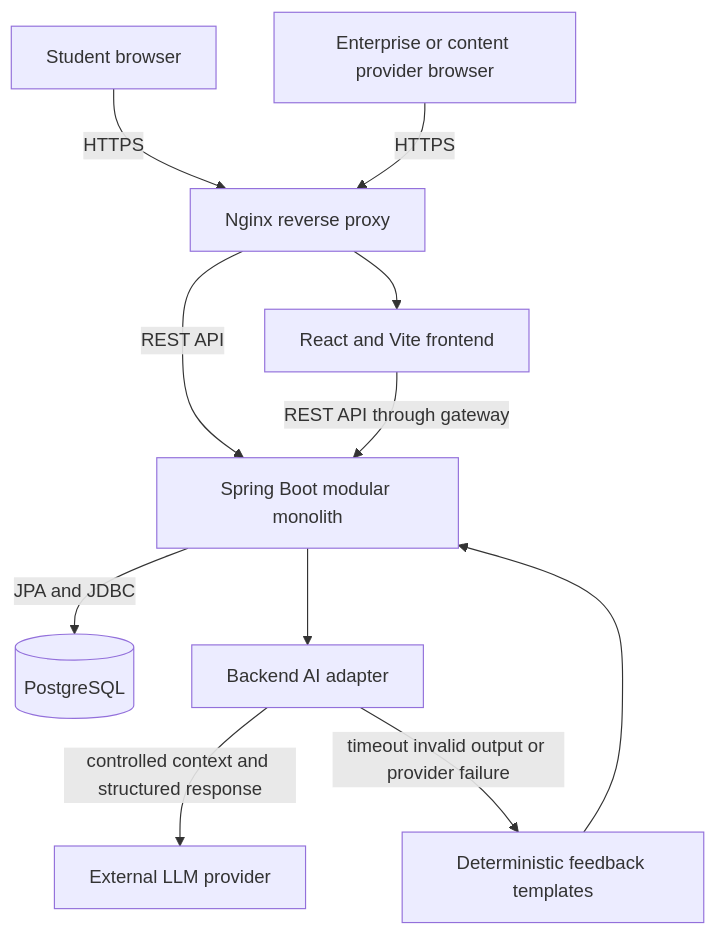
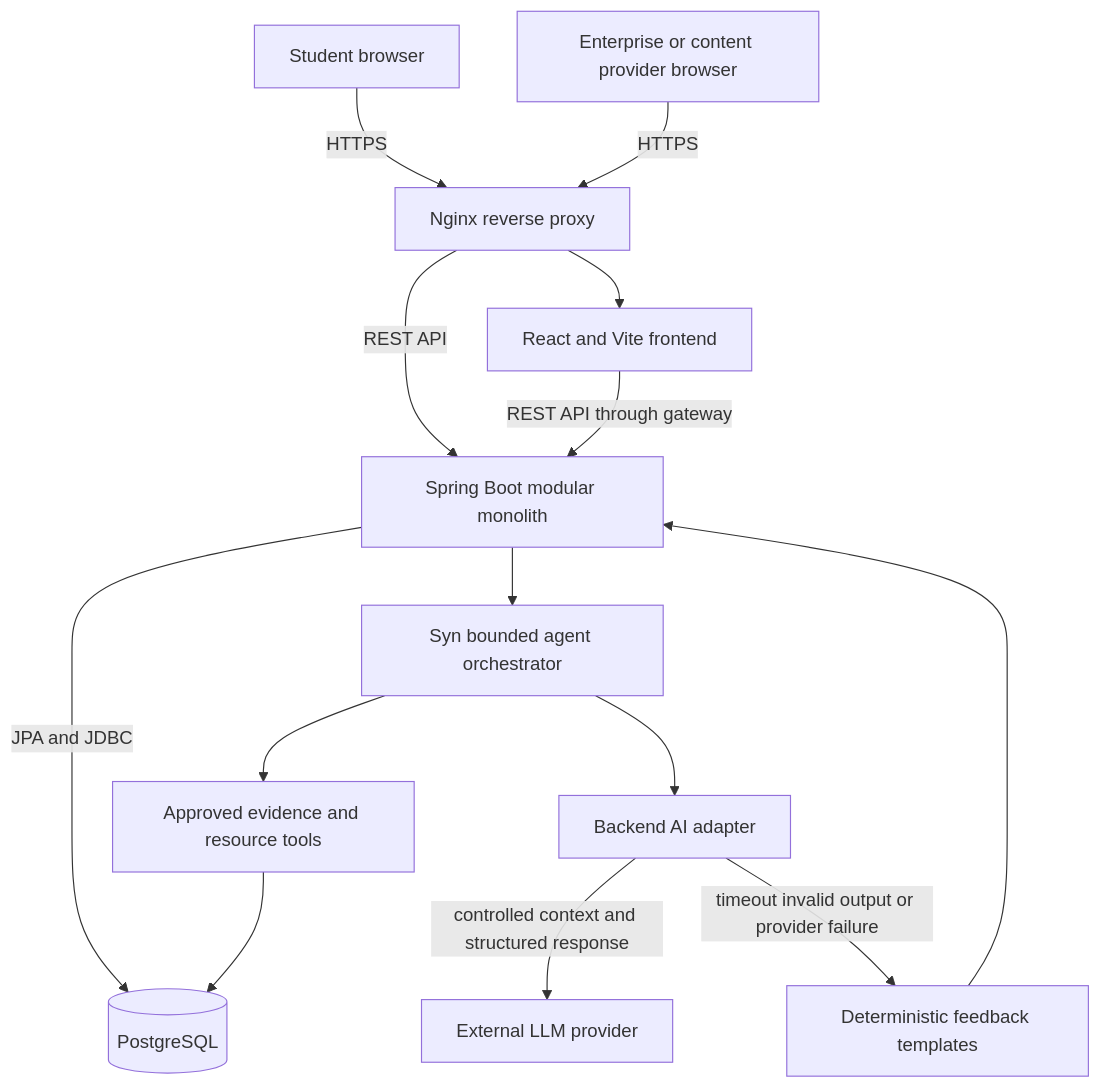
Before and after one commit to han-labs/career-simulation-platform: the diagram in docs/architecture/README.md, drawn with Mermaid. The commit also changed other lines of this file and 35 other files, not shown here.

Commit message:
feat(us-03): evolve Syn into bounded career agent

````diff
--- a/docs/architecture/README.md
+++ b/docs/architecture/README.md
@@ -5,23 +5,28 @@
 ```mermaid
 flowchart TB
     Student["Student browser"]
     Enterprise["Enterprise or content provider browser"]
     Gateway["Nginx reverse proxy"]
     Frontend["React and Vite frontend"]
     Backend["Spring Boot modular monolith"]
+    Agent["Syn bounded agent orchestrator"]
+    Tools["Approved evidence and resource tools"]
     Database[("PostgreSQL")]
     AIAdapter["Backend AI adapter"]
     LLM["External LLM provider"]
     Fallback["Deterministic feedback templates"]
 
     Student -->|HTTPS| Gateway
     Enterprise -->|HTTPS| Gateway
     Gateway --> Frontend
     Gateway -->|REST API| Backend
     Frontend -->|REST API through gateway| Backend
     Backend -->|JPA and JDBC| Database
-    Backend --> AIAdapter
+    Backend --> Agent
+    Agent --> Tools
+    Tools --> Database
+    Agent --> AIAdapter
     AIAdapter -->|controlled context and structured response| LLM
     AIAdapter -->|timeout invalid output or provider failure| Fallback
     Fallback --> Backend
 ```
````
